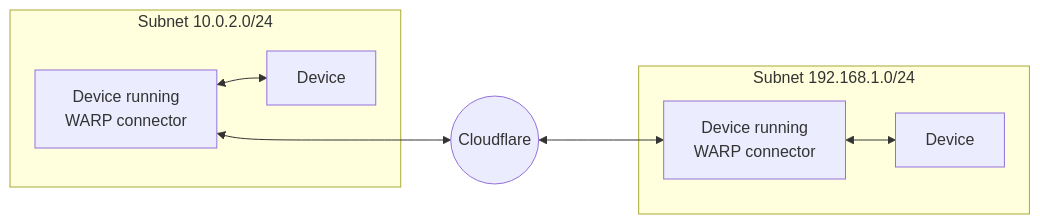
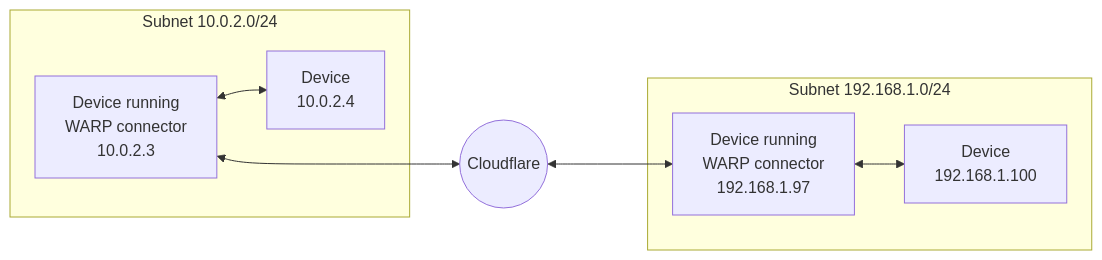
The diagram in content/cloudflare-one/connections/connect-networks/private-net/warp-connector.md (cloudflare/cloudflare-docs), drawn with Mermaid before and after one commit. The commit also changed other lines of this file and 3 other files, not shown here.

Commit message:
install warp connector

````diff
--- a/content/cloudflare-one/connections/connect-networks/private-net/warp-connector.md
+++ b/content/cloudflare-one/connections/connect-networks/private-net/warp-connector.md
@@ -16,14 +18,18 @@
 ```mermaid
     flowchart LR
       accTitle: WARP connector as a subnet router
       subgraph subnet1[Subnet 10.0.2.0/24]
         router1["Device running 
-        WARP connector"]<-->device1[Device]
+        WARP connector
+        10.0.2.3"]<-->device1["Device
+        10.0.2.4"]
       end
       subgraph subnet2[Subnet 192.168.1.0/24]
         router2["Device running 
-        WARP connector"]<-->device2[Device]
+        WARP connector
+        192.168.1.97"]<-->device2["Device
+        192.168.1.100"]
       end
       router1<--->C((Cloudflare))<--->router2
 
 ```
````
